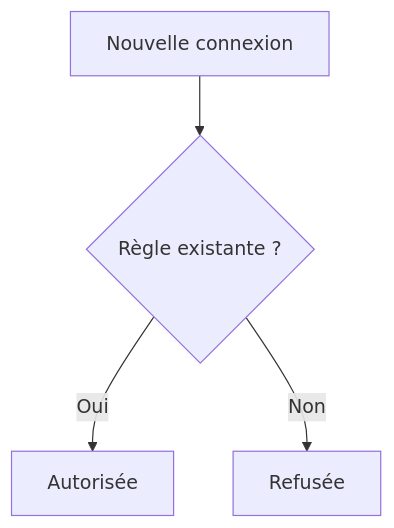
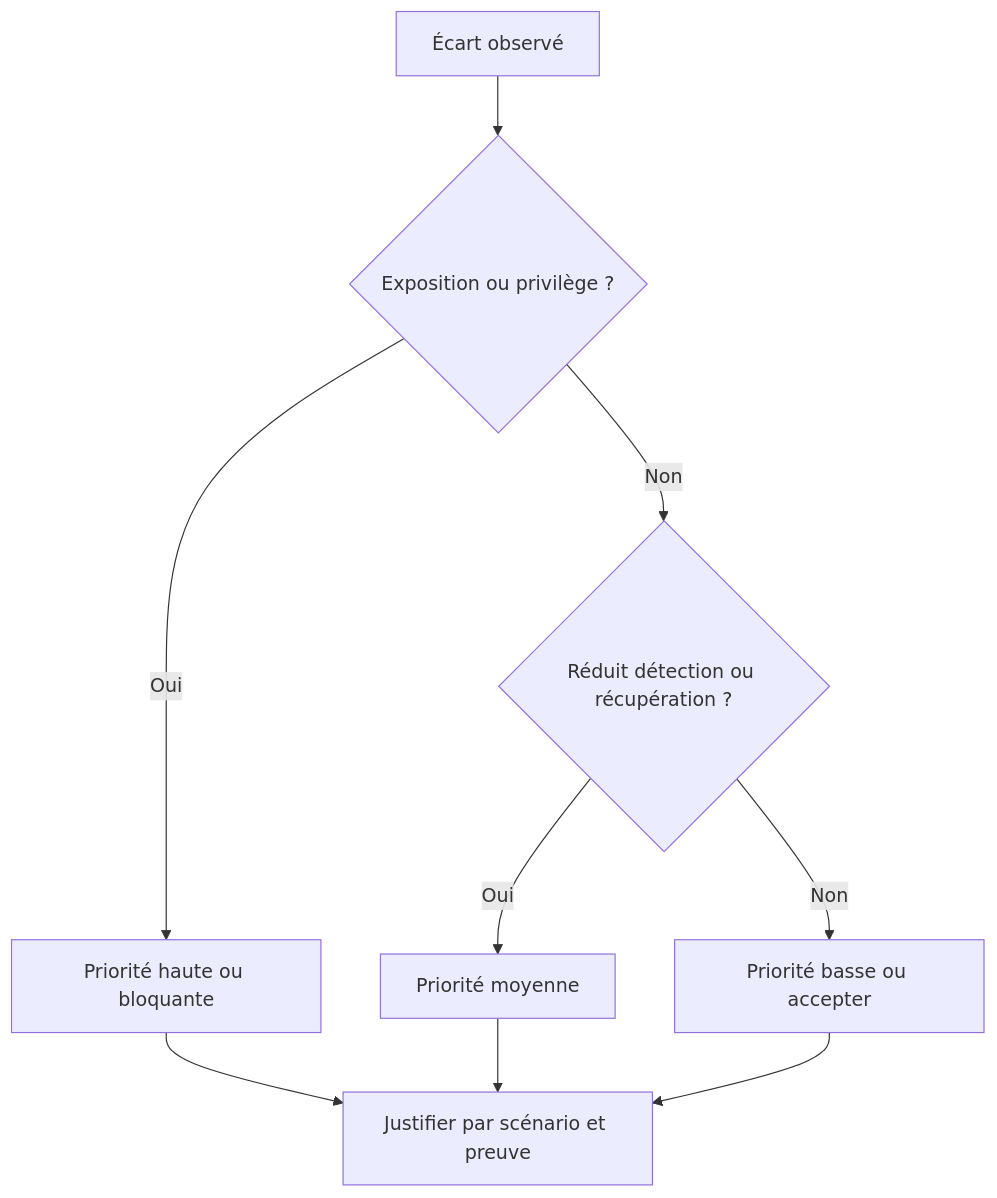
Before and after one commit to tdelaclos/formations: the second of 4 diagrams in campagne 1/1.9-premiere-mise-en-securite-serveur.md, drawn with Mermaid. The commit also changed other lines of this file and 10 other files, not shown here.

````diff
--- a/campagne 1/1.9-premiere-mise-en-securite-serveur.md
+++ b/campagne 1/1.9-premiere-mise-en-securite-serveur.md
@@ -619,15 +132,11 @@
 ```mermaid
 flowchart TD
-
-A["Nouvelle connexion"]
-
-B{"Règle existante ?"}
-
-C["Autorisée"]
-
-D["Refusée"]
-
-A --> B
-B -->|Oui| C
-B -->|Non| D
+    Gap["Écart observé"] --> Exposure{"Exposition ou privilège ?"}
+    Exposure -->|Oui| High["Priorité haute ou bloquante"]
+    Exposure -->|Non| Detection{"Réduit détection ou récupération ?"}
+    Detection -->|Oui| Medium["Priorité moyenne"]
+    Detection -->|Non| Low["Priorité basse ou accepter"]
+    High --> Evidence["Justifier par scénario et preuve"]
+    Medium --> Evidence
+    Low --> Evidence
 ```
````
